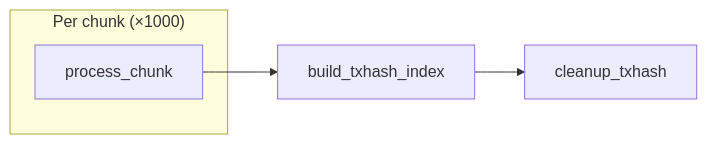
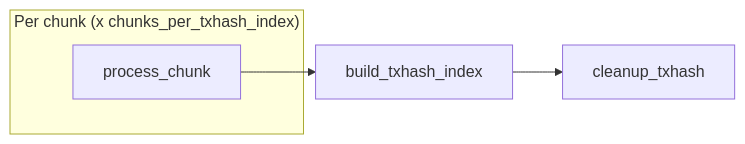
Before and after one commit to stellar/stellar-rpc: the first of 2 diagrams in full-history/design-docs/03-backfill-workflow.md, drawn with Mermaid. The commit also changed other lines of this file and 17 other files, not shown here.

````diff
--- a/full-history/design-docs/03-backfill-workflow.md
+++ b/full-history/design-docs/03-backfill-workflow.md
@@ -94,8 +81,8 @@
 ```mermaid
 flowchart LR
-    subgraph "Per chunk (×1000)"
+    subgraph "Per chunk (x chunks_per_txhash_index)"
         PC["process_chunk"]
     end
     PC --> BTI["build_txhash_index"]
     BTI --> CT["cleanup_txhash"]
 ```
````
